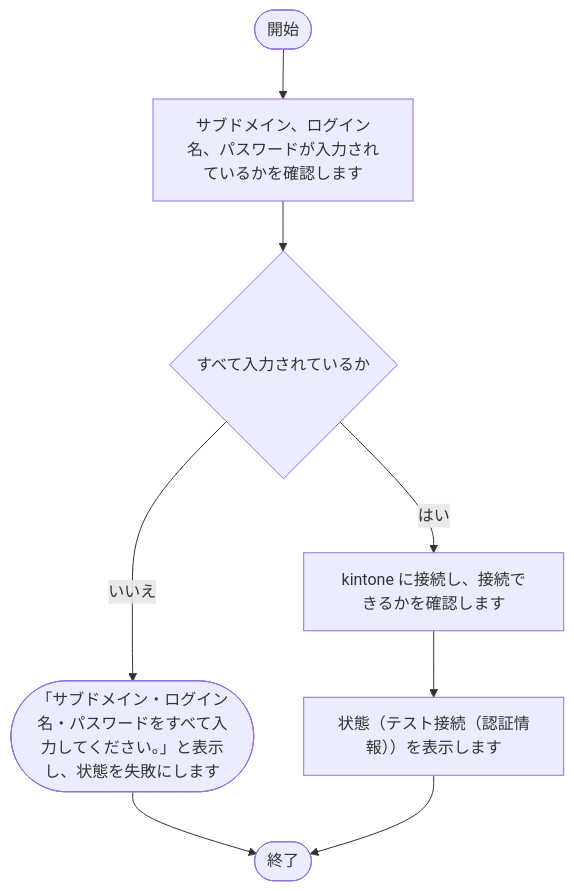
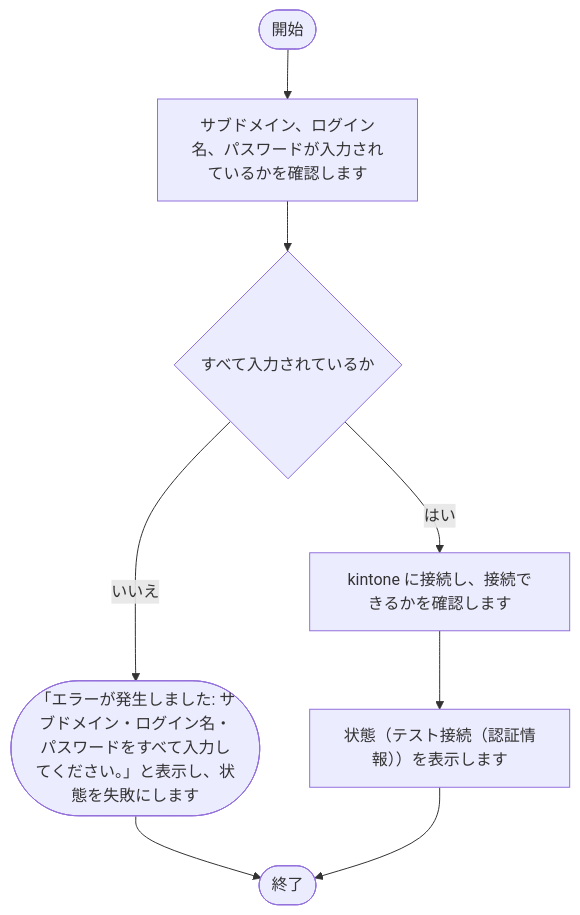
Diagram 11 of 13 in tool/package-generator/doc/02_設計/処理フロー.md (nishida2073/project_management), drawn with Mermaid before and after one commit. The commit also changed other lines of this file and 4 other files, not shown here.

````diff
--- a/tool/package-generator/doc/02_設計/処理フロー.md
+++ b/tool/package-generator/doc/02_設計/処理フロー.md
@@ -334,17 +354,17 @@
 ```mermaid
 flowchart TD
     S(["開始"])
     E(["終了"])
     N1["サブドメイン、ログイン名、パスワードが入力されているかを確認します"]
     S --> N1
     N2{"すべて入力されているか"}
     N1 --> N2
-    X1(["「サブドメイン・ログイン名・パスワードをすべて入力してください。」と表示し、状態を失敗にします"])
+    X1(["「エラーが発生しました: サブドメイン・ログイン名・パスワードをすべて入力してください。」と表示し、状態を失敗にします"])
     N2 -- いいえ --> X1
     X1 --> E
     N3["kintone に接続し、接続できるかを確認します"]
     N2 -- はい --> N3
     N4["状態（テスト接続（認証情報））を表示します"]
     N3 --> N4
     N4 --> E
 ```
````
